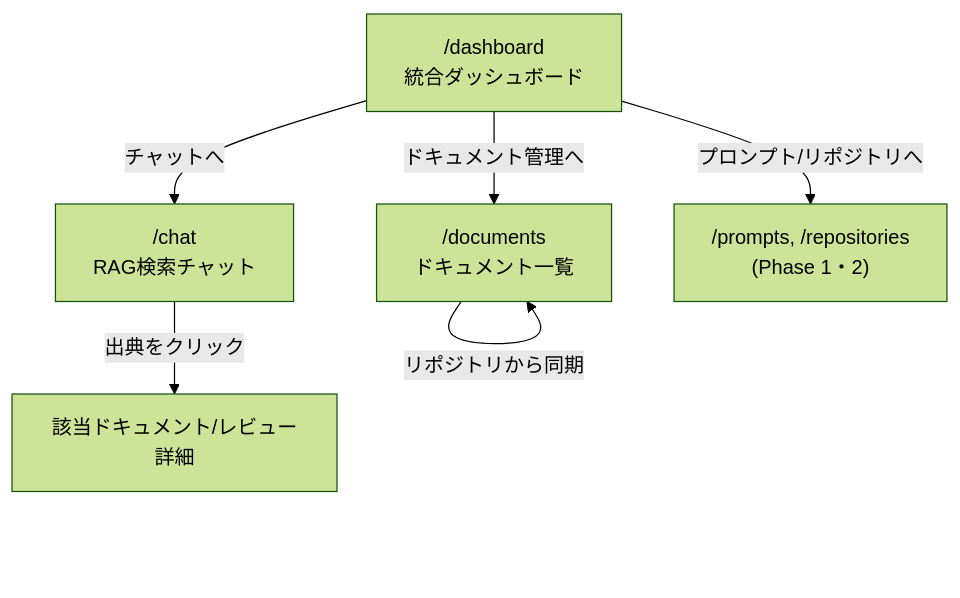
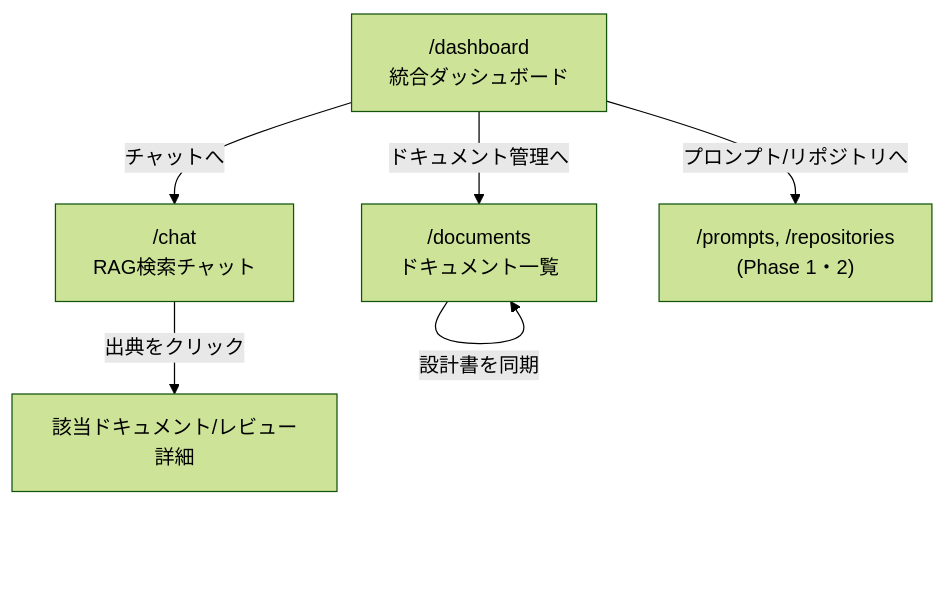
The second of 2 diagrams in docs/phase3-design.md (takubo29new/ai-forge), drawn with Mermaid (forest theme) before and after one commit. The commit also changed other lines of this file and 5 other files, not shown here.

First line of the commit message:
「リポジトリから同期」を「設計書を同期」に改名し、対象範囲を明記

````diff
--- a/docs/phase3-design.md
+++ b/docs/phase3-design.md
@@ -70,13 +70,13 @@
 ```mermaid
 flowchart TD
     Dashboard["/dashboard<br/>統合ダッシュボード"] -- "ドキュメント管理へ" --> Documents
     Dashboard -- "チャットへ" --> Chat
     Dashboard -- "プロンプト/リポジトリへ" --> ExistingApp["/prompts, /repositories<br/>(Phase 1・2)"]
 
     Documents["/documents<br/>ドキュメント一覧"]
     Documents -- "貼り付けて登録" --> Documents
-    Documents -- "リポジトリから同期" --> Documents
+    Documents -- "設計書を同期" --> Documents
 
     Chat["/chat<br/>RAG検索チャット"]
     Chat -- "出典をクリック" --> DocOrReview["該当ドキュメント/レビュー詳細"]
 ```
````
